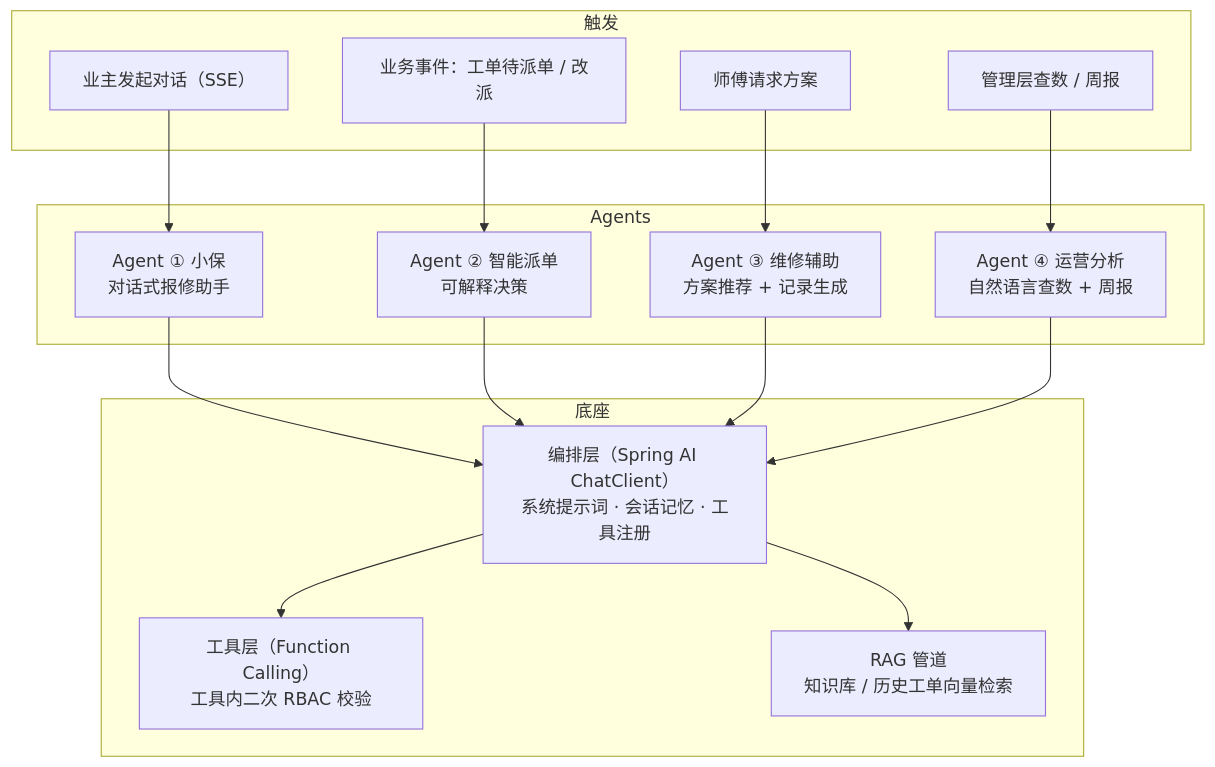
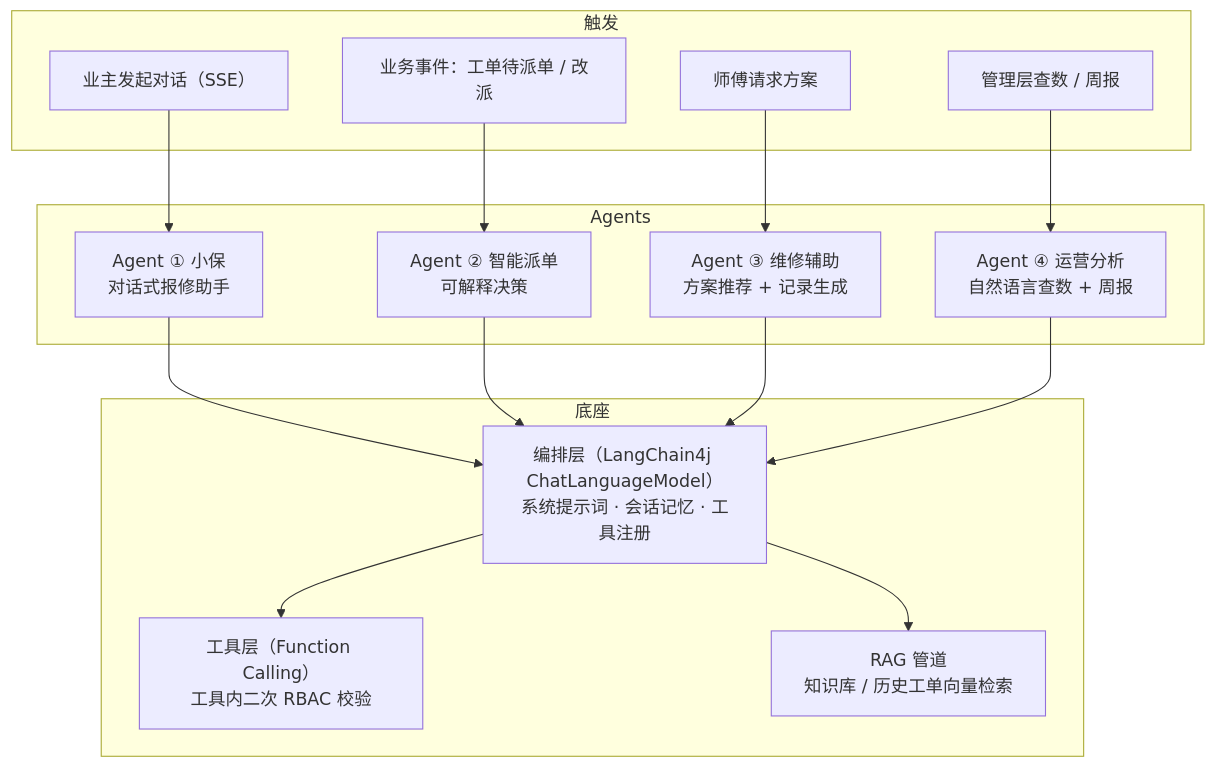
The first of 4 diagrams in docs/05-AI-Agent功能设计.md (Zayu2005/WarrantyPro), drawn with Mermaid before and after one commit. The commit also changed other lines of this file and 26 other files, not shown here.

Commit message:
feat: add LangChain4j repair triage workflow

````diff
--- a/docs/05-AI-Agent功能设计.md
+++ b/docs/05-AI-Agent功能设计.md
@@ -10,27 +10,27 @@
 ```mermaid
 flowchart TB
     subgraph 触发
         U1["业主发起对话（SSE）"]
         E1["业务事件：工单待派单 / 改派"]
         U2["师傅请求方案"]
         U3["管理层查数 / 周报"]
     end
     subgraph Agents
         A1["Agent ① 小保<br/>对话式报修助手"]
         A2["Agent ② 智能派单<br/>可解释决策"]
         A3["Agent ③ 维修辅助<br/>方案推荐 + 记录生成"]
         A4["Agent ④ 运营分析<br/>自然语言查数 + 周报"]
     end
     subgraph 底座
-        ORCH["编排层（Spring AI ChatClient）<br/>系统提示词 · 会话记忆 · 工具注册"]
+        ORCH["编排层（LangChain4j ChatLanguageModel）<br/>系统提示词 · 会话记忆 · 工具注册"]
         TOOL["工具层（Function Calling）<br/>工具内二次 RBAC 校验"]
         RAGP["RAG 管道<br/>知识库 / 历史工单向量检索"]
     end
     U1 --> A1
     E1 --> A2
     U2 --> A3
     U3 --> A4
     A1 & A2 & A3 & A4 --> ORCH
     ORCH --> TOOL
     ORCH --> RAGP
 ```
````
